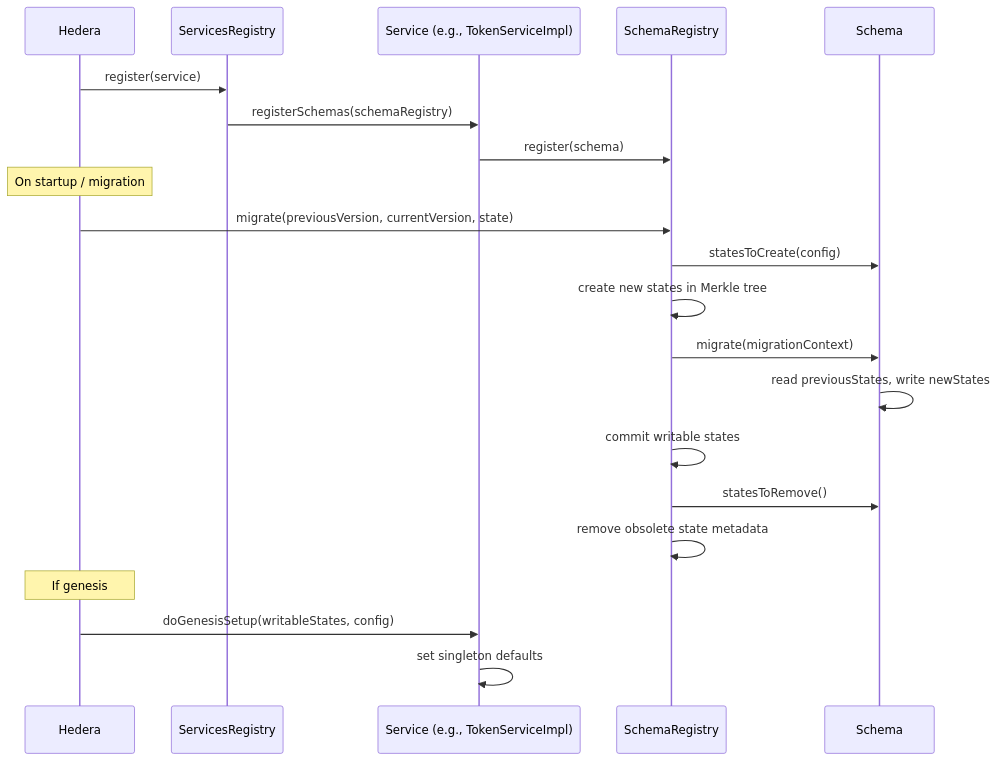
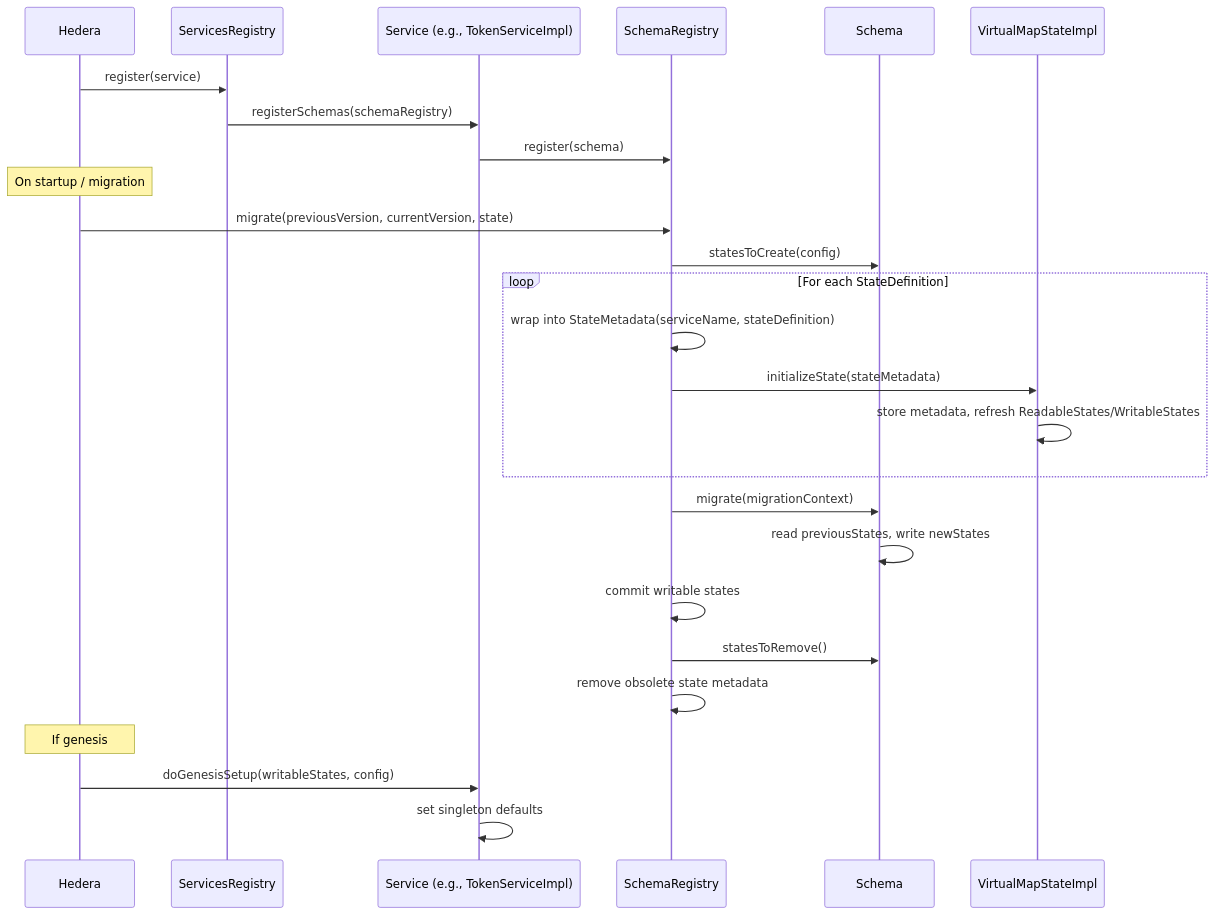
Before and after one commit to hiero-ledger/hiero-consensus-node: the fifth of 7 diagrams in platform-sdk/swirlds-state-api/README.md, drawn with Mermaid. The commit also changed other lines of this file, not shown here.

Commit message:
Addressed review comments

````diff
--- a/platform-sdk/swirlds-state-api/README.md
+++ b/platform-sdk/swirlds-state-api/README.md
@@ -487,26 +515,31 @@
 ```mermaid
 sequenceDiagram
-    participant H as Hedera
-    participant SR as ServicesRegistry
-    participant Svc as Service (e.g., TokenServiceImpl)
-    participant SchR as SchemaRegistry
-    participant Sch as Schema
+  participant H as Hedera
+  participant SR as ServicesRegistry
+  participant Svc as Service (e.g., TokenServiceImpl)
+  participant SchR as SchemaRegistry
+  participant Sch as Schema
+  participant VMS as VirtualMapStateImpl
 
-    H->>SR: register(service)
-    SR->>Svc: registerSchemas(schemaRegistry)
-    Svc->>SchR: register(schema)
+  H->>SR: register(service)
+  SR->>Svc: registerSchemas(schemaRegistry)
+  Svc->>SchR: register(schema)
 
-    Note over H: On startup / migration
-    H->>SchR: migrate(previousVersion, currentVersion, state)
-    SchR->>Sch: statesToCreate(config)
-    SchR->>SchR: create new states in Merkle tree
-    SchR->>Sch: migrate(migrationContext)
-    Sch->>Sch: read previousStates, write newStates
-    SchR->>SchR: commit writable states
-    SchR->>Sch: statesToRemove()
-    SchR->>SchR: remove obsolete state metadata
+  Note over H: On startup / migration
+  H->>SchR: migrate(previousVersion, currentVersion, state)
+  SchR->>Sch: statesToCreate(config)
+  loop For each StateDefinition
+    SchR->>SchR: wrap into StateMetadata(serviceName, stateDefinition)
+    SchR->>VMS: initializeState(stateMetadata)
+    VMS->>VMS: store metadata, refresh ReadableStates/WritableStates
+  end
+  SchR->>Sch: migrate(migrationContext)
+  Sch->>Sch: read previousStates, write newStates
+  SchR->>SchR: commit writable states
+  SchR->>Sch: statesToRemove()
+  SchR->>SchR: remove obsolete state metadata
 
-    Note over H: If genesis
-    H->>Svc: doGenesisSetup(writableStates, config)
-    Svc->>Svc: set singleton defaults
+  Note over H: If genesis
+  H->>Svc: doGenesisSetup(writableStates, config)
+  Svc->>Svc: set singleton defaults
 ```
````
